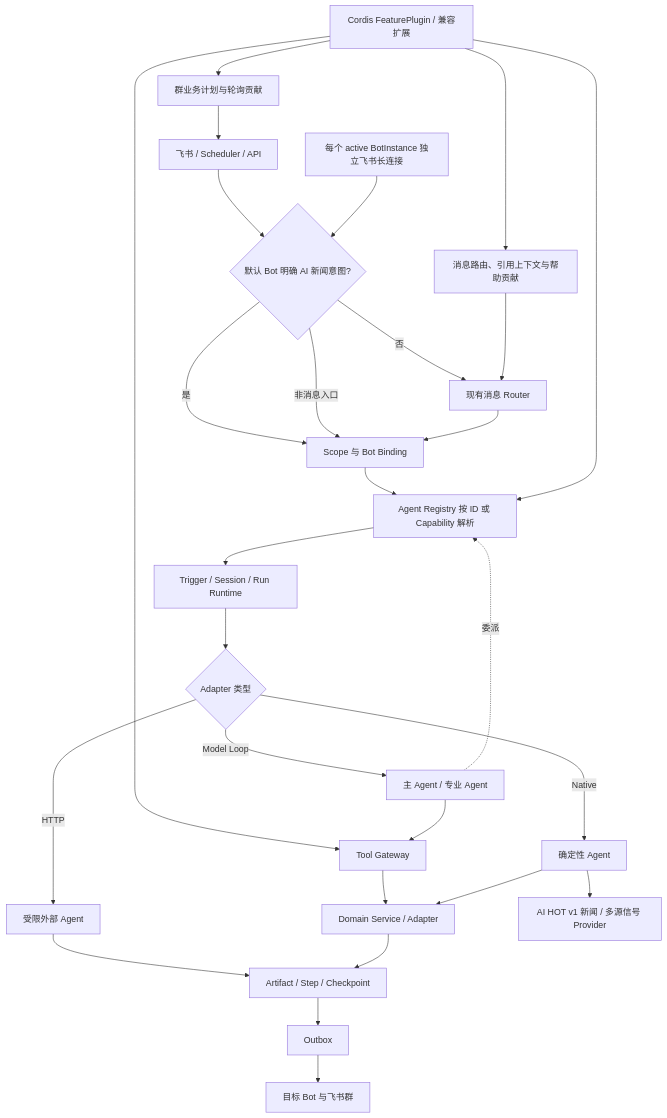
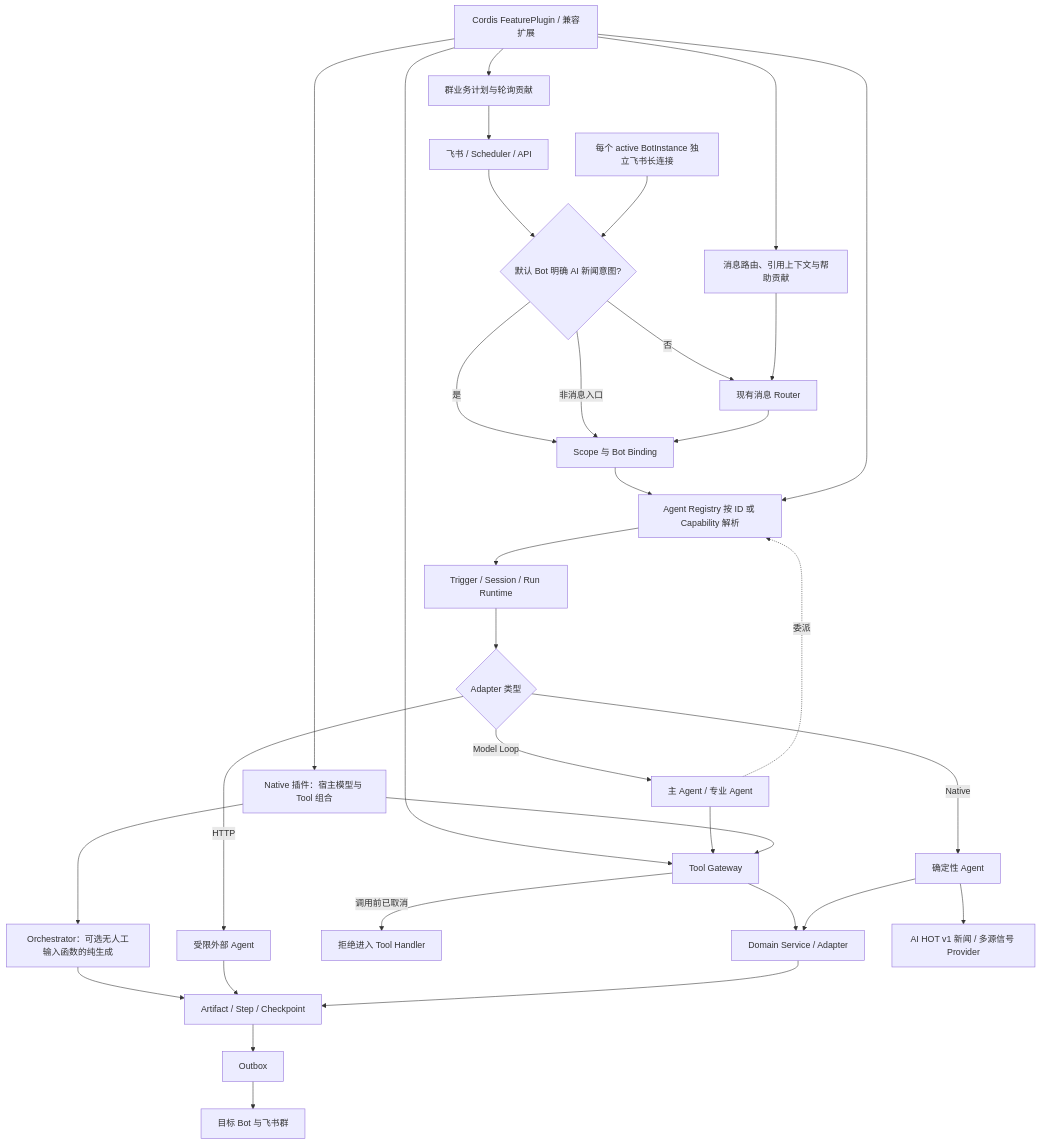
One commit to KlayPeter/AI-Delivery-Ops-Agent changed the diagram in backend/src/platform/FEATURE.md. Above: the diagram before and after it, drawn with Mermaid. The commit also changed other lines of this file and 26 other files, not shown here.

````diff
--- a/backend/src/platform/FEATURE.md
+++ b/backend/src/platform/FEATURE.md
@@ -29,30 +29,35 @@
 ```mermaid
 flowchart TD
     A["飞书 / Scheduler / API"] --> R{"默认 Bot 明确 AI 新闻意图?"}
     R -- "是" --> B["Scope 与 Bot Binding"]
     R -- "否" --> Q["现有消息 Router"]
     R -- "非消息入口" --> B
     Q --> B
     B --> C["Agent Registry 按 ID 或 Capability 解析"]
     X["Cordis FeaturePlugin / 兼容扩展"] --> C
     X --> I["Tool / Skill / Adapter 注册"]
     X --> MR["消息路由、引用上下文与帮助贡献"]
     MR --> Q
     X --> SJ[群业务计划与轮询贡献]
     SJ --> A
     C --> D["Trigger / Session / Run Runtime"]
     D --> E{"Adapter 类型"}
     E -- Model Loop --> F["主 Agent / 专业 Agent"]
     E -- Native --> G["确定性 Agent"]
     E -- HTTP --> H["受限外部 Agent"]
     F --> I["Tool Gateway"]
     F -. 委派 .-> C
     I --> J["Domain Service / Adapter"]
+    I -- "调用前已取消" --> XC["拒绝进入 Tool Handler"]
+    X --> NP["Native 插件：宿主模型与 Tool 组合"]
+    NP --> I
+    NP --> OM["Orchestrator：可选无人工输入函数的纯生成"]
+    OM --> K
     G --> J
     H --> K["Artifact / Step / Checkpoint"]
     J --> K
     K --> L["Outbox"]
     L --> M["目标 Bot 与飞书群"]
     N["每个 active BotInstance 独立飞书长连接"] --> R
     G --> O["AI HOT v1 新闻 / 多源信号 Provider"]
 ```
````
